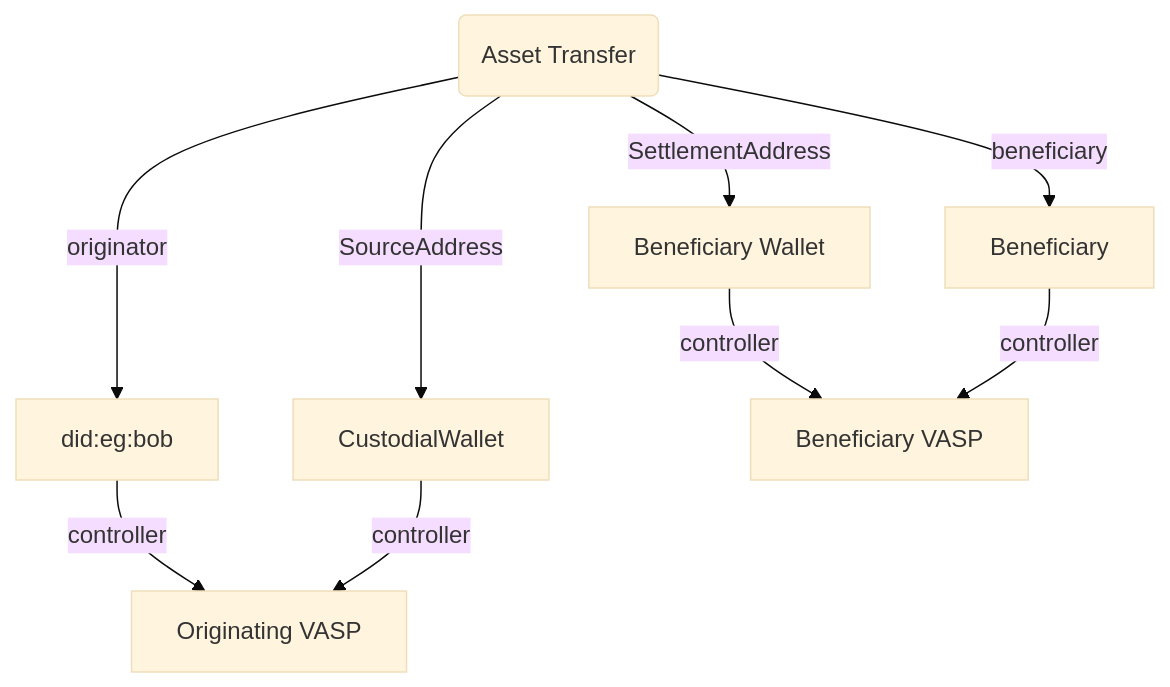
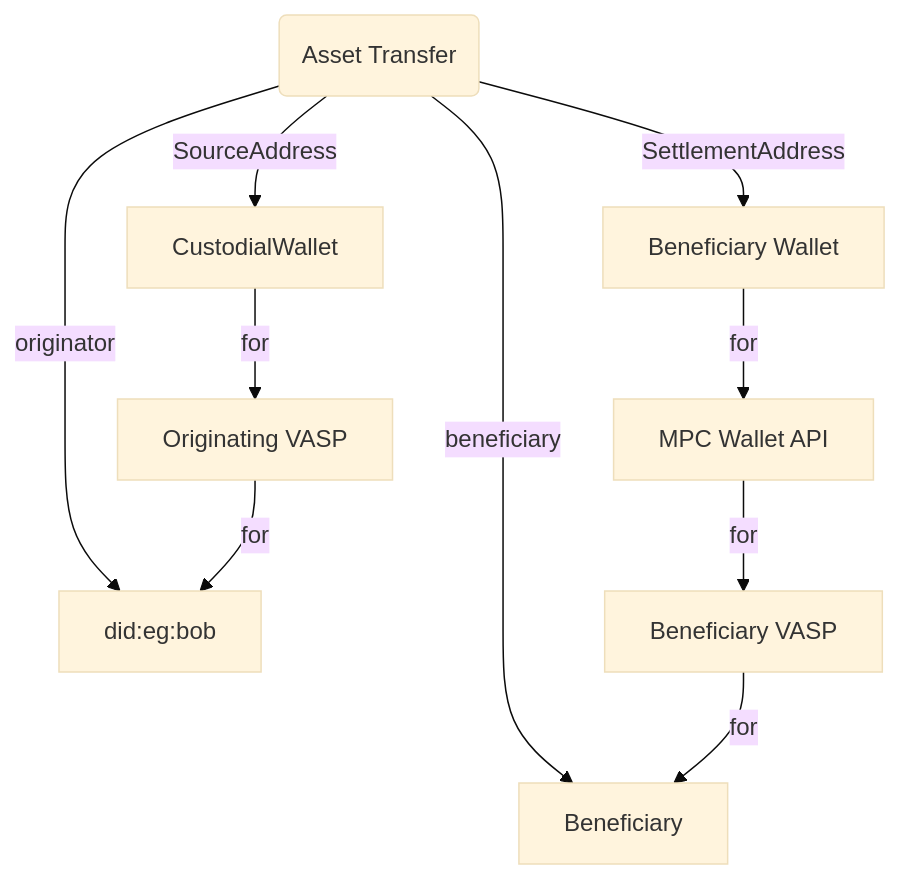
The second of 3 diagrams in TAIPs/taip-5.md (TransactionAuthorizationProtocol/TAIPs), drawn with Mermaid (base theme) before and after one commit. The commit also changed other lines of this file and 1 other file, not shown here.

````diff
--- a/TAIPs/taip-5.md
+++ b/TAIPs/taip-5.md
@@ -331,12 +147,13 @@
 ```mermaid
 graph TD
     Transfer(Asset Transfer) --->|originator| Customer[did:eg:bob]
     Transfer -->|beneficiary| Beneficiary
+    Transfer -->|SourceAddress| CustodialWallet
+    OriginatingVASP[Originating VASP] -->|for| Customer
+    CustodialWallet -->|for| OriginatingVASP
     Transfer -->|SettlementAddress| Wallet[Beneficiary Wallet]
-    Transfer -->|SourceAddress| CustodialWallet
-    Customer -->|controller| OriginatingVASP[Originating VASP]
-    Wallet -->|controller| BeneficiaryVASP
-    CustodialWallet -->|controller| OriginatingVASP
-    Beneficiary -->|controller| BeneficiaryVASP[Beneficiary VASP]
+    Wallet -->|for| WalletAPI[MPC Wallet API]
+    WalletAPI -->|for| BeneficiaryVASP
+    BeneficiaryVASP[Beneficiary VASP] -->|for| Beneficiary
 
 ```
````
